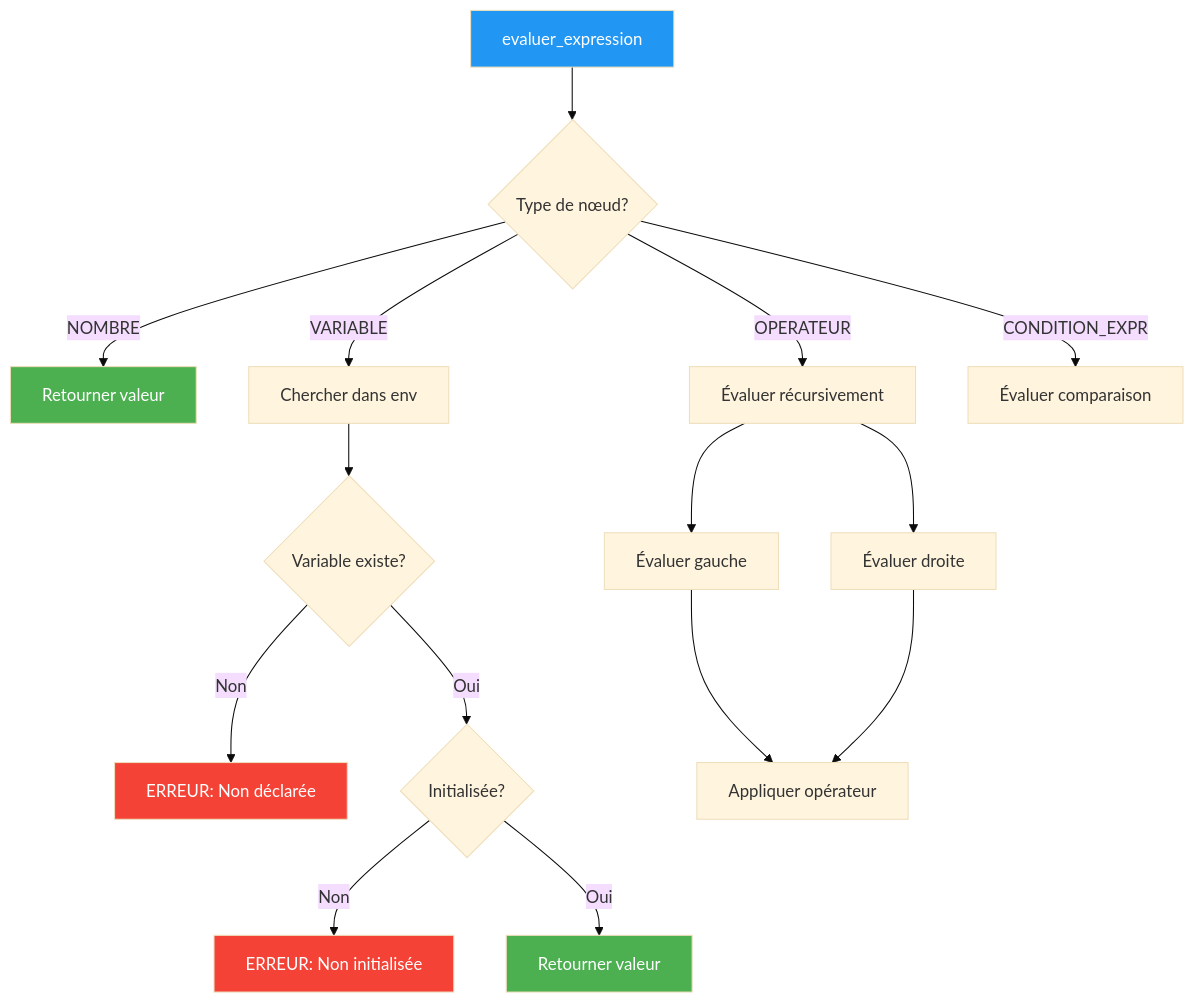
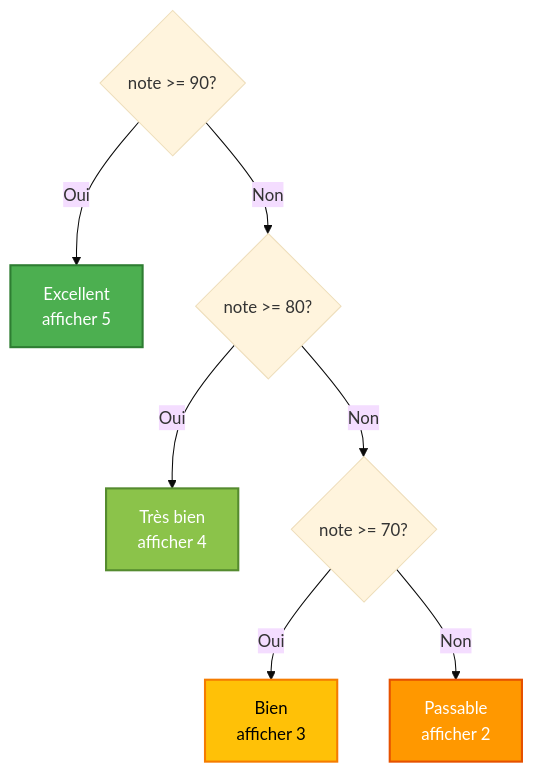
Before and after one commit to Yahia995/galant-compiler: the fourth of 6 diagrams in ARCHITECTURE.md, drawn with Mermaid (base theme). The commit also changed other lines of this file, not shown here.

````diff
--- a/ARCHITECTURE.md
+++ b/ARCHITECTURE.md
@@ -593,26 +537,14 @@
 ```mermaid
 graph TD
-    A[evaluer_expression] --> B{Type de nœud?}
+    A{note >= 90?} -->|Oui| B[Excellent<br/>afficher 5]
+    A -->|Non| C{note >= 80?}
+    C -->|Oui| D[Très bien<br/>afficher 4]
+    C -->|Non| E{note >= 70?}
+    E -->|Oui| F[Bien<br/>afficher 3]
+    E -->|Non| G[Passable<br/>afficher 2]
     
-    B -->|NOMBRE| C[Retourner valeur]
-    B -->|VARIABLE| D[Chercher dans env]
-    B -->|OPERATEUR| E[Évaluer récursivement]
-    B -->|CONDITION_EXPR| F[Évaluer comparaison]
-    
-    D --> D1{Variable existe?}
-    D1 -->|Non| D2[ERREUR: Non déclarée]
-    D1 -->|Oui| D3{Initialisée?}
-    D3 -->|Non| D4[ERREUR: Non initialisée]
-    D3 -->|Oui| D5[Retourner valeur]
-    
-    E --> E1[Évaluer gauche]
-    E --> E2[Évaluer droite]
-    E1 --> E3[Appliquer opérateur]
-    E2 --> E3
-    
-    style A fill:#2196f3,color:#fff
-    style C fill:#4caf50,color:#fff
-    style D2 fill:#f44336,color:#fff
-    style D4 fill:#f44336,color:#fff
-    style D5 fill:#4caf50,color:#fff
+    style B fill:#4caf50,stroke:#2e7d32,stroke-width:2px,color:#ffffff
+    style D fill:#8bc34a,stroke:#558b2f,stroke-width:2px,color:#ffffff
+    style F fill:#ffc107,stroke:#f57c00,stroke-width:2px,color:#000000
+    style G fill:#ff9800,stroke:#e65100,stroke-width:2px,color:#ffffff
 ```
````
